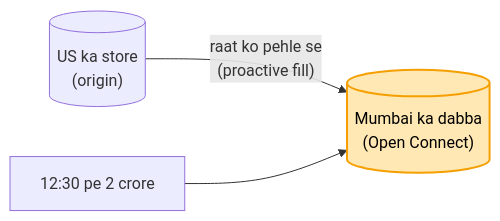
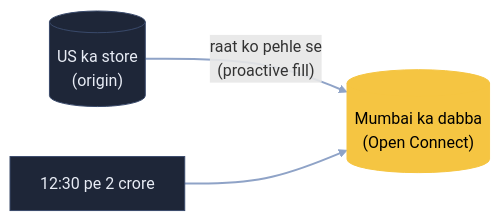
The second of 7 diagrams in 04_HLD/SYSTEM_DESIGNS/18_netflix/18_netflix.md (ArpanMaheshwari144/Prep), drawn with Mermaid before and after one commit. The commit also changed other lines of this file and 14 other files, not shown here.

Commit message:
HLD: 14 design ke FR/NFR kadmon se milaye (pakke vaade me sach wali shart, chhoote kadam jode); Netflix diagram naye andaaz me

````diff
--- a/04_HLD/SYSTEM_DESIGNS/18_netflix/18_netflix.md
+++ b/04_HLD/SYSTEM_DESIGNS/18_netflix/18_netflix.md
@@ -58,6 +61,9 @@
 ```mermaid
 flowchart LR
     S[("US ka store<br/>(origin)")] -- "raat ko pehle se<br/>(proactive fill)" --> B[("Mumbai ka dabba<br/>(Open Connect)")]
     U["12:30 pe 2 crore"] --> B
-    style B fill:#ffe8b3,stroke:#f59f00,stroke-width:2px,color:#000
+    class B hl
+    classDef default fill:#1e2638,stroke:#3a4a6b,color:#e8ecf5
+    classDef hl fill:#f5c542,stroke:#f5c542,color:#000
+    linkStyle default stroke:#8fa3c7,stroke-width:2px
 ```
````
